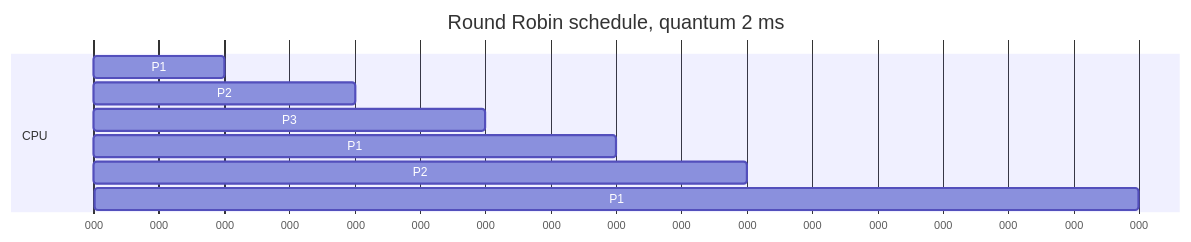
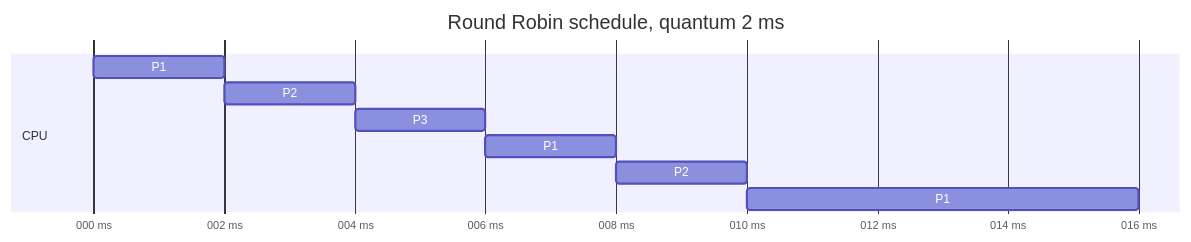
Before and after one commit to Prem-Duvvapu/cs-fundamentals-with-ui: the third of 5 diagrams in content/os/03-cpu-scheduling.md, drawn with Mermaid. The commit also changed 567 other files, not shown here.

````diff
--- a/content/os/03-cpu-scheduling.md
+++ b/content/os/03-cpu-scheduling.md
@@ -183,13 +183,13 @@
 ```mermaid
 gantt
     title Round Robin schedule, quantum 2 ms
-    dateFormat X
-    axisFormat %L
+    dateFormat x
+    axisFormat %L ms
     section CPU
     P1 :p1a, 0, 2
     P2 :p2a, 2, 4
     P3 :p3, 4, 6
     P1 :p1b, 6, 8
     P2 :p2b, 8, 10
     P1 :p1c, 10, 16
 ```
````
